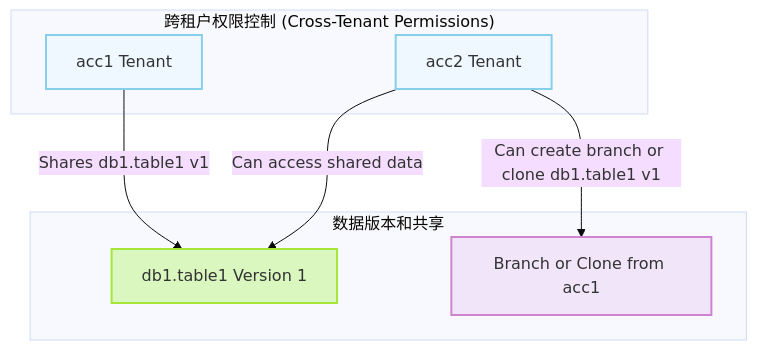
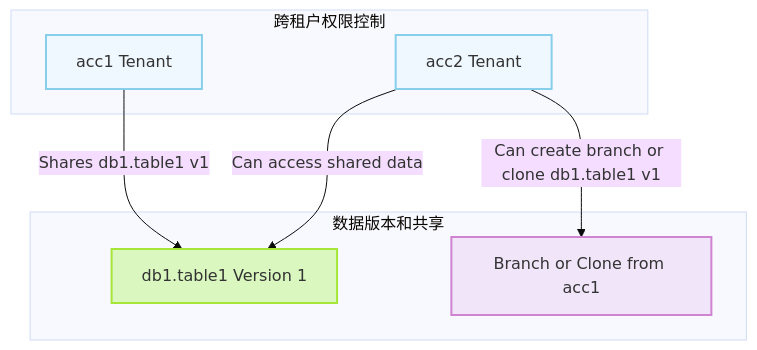
One commit to XuPeng-SH/tae_design changed the tenth of 11 diagrams in data_branching.md. Above: the diagram before and after it, drawn with Mermaid (base theme). The commit also changed other lines of this file, not shown here.

````diff
--- a/data_branching.md
+++ b/data_branching.md
@@ -404,24 +404,24 @@
 ```mermaid
 graph TD
     %% 跨租户权限控制
-    subgraph "跨租户权限控制 (Cross-Tenant Permissions)"
+    subgraph "跨租户权限控制"
         A[acc1 Tenant]:::tenant
         B[acc2 Tenant]:::tenant
     end
 
     %% 数据和版本
     subgraph "数据版本和共享"
         D[db1.table1 Version 1]:::table
         E[Branch or Clone from acc1]:::branch
     end
 
     %% 权限控制关系
     A -->|"Shares db1.table1 v1"| D
     B -->|"Can access shared data"| D
     B -->|"Can create branch or clone db1.table1 v1"| E
 
     %% 样式定义
     classDef tenant fill:#f0f8ff,stroke:#87ceeb,stroke-width:2px;
     classDef table fill:#d9f7be,stroke:#a6e639,stroke-width:2px;
     classDef branch fill:#f1e6f9,stroke:#d083d0,stroke-width:2px;
 ```
````
